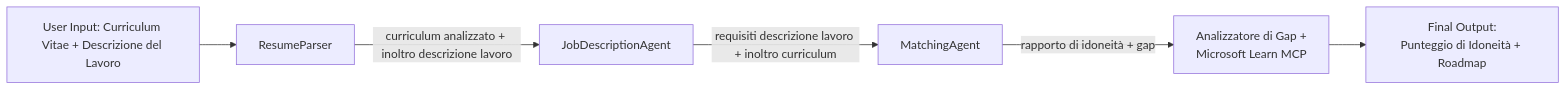
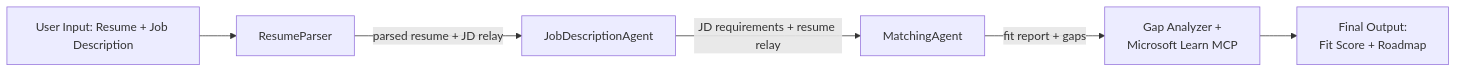
Before and after one commit to microsoft-foundry/Foundry_Toolkit_for_VSCode_Lab: the diagram in translations/it/workshop/lab02-multi-agent/PersonalCareerCopilot/README.md, drawn with Mermaid. The commit also changed other lines of this file and 62 other files, not shown here.

````diff
--- a/translations/it/workshop/lab02-multi-agent/PersonalCareerCopilot/README.md
+++ b/translations/it/workshop/lab02-multi-agent/PersonalCareerCopilot/README.md
@@ -18,8 +18,8 @@
 ```mermaid
 flowchart LR
-    UserInput["User Input: Curriculum Vitae + Descrizione del Lavoro"] --> ResumeParser
-    ResumeParser -- "curriculum analizzato + inoltro descrizione lavoro" --> JobDescriptionAgent
-    JobDescriptionAgent -- "requisiti descrizione lavoro + inoltro curriculum" --> MatchingAgent
-    MatchingAgent -- "rapporto di idoneità + gap" --> GapAnalyzerMCP["Analizzatore di Gap +\nMicrosoft Learn MCP"]
-    GapAnalyzerMCP --> FinalOutput["Final Output:\nPunteggio di Idoneità + Roadmap"]
+    UserInput["User Input: Resume + Job Description"] --> ResumeParser
+    ResumeParser -- "parsed resume + JD relay" --> JobDescriptionAgent
+    JobDescriptionAgent -- "JD requirements + resume relay" --> MatchingAgent
+    MatchingAgent -- "fit report + gaps" --> GapAnalyzerMCP["Gap Analyzer +\nMicrosoft Learn MCP"]
+    GapAnalyzerMCP --> FinalOutput["Final Output:\nFit Score + Roadmap"]
 ```
````
